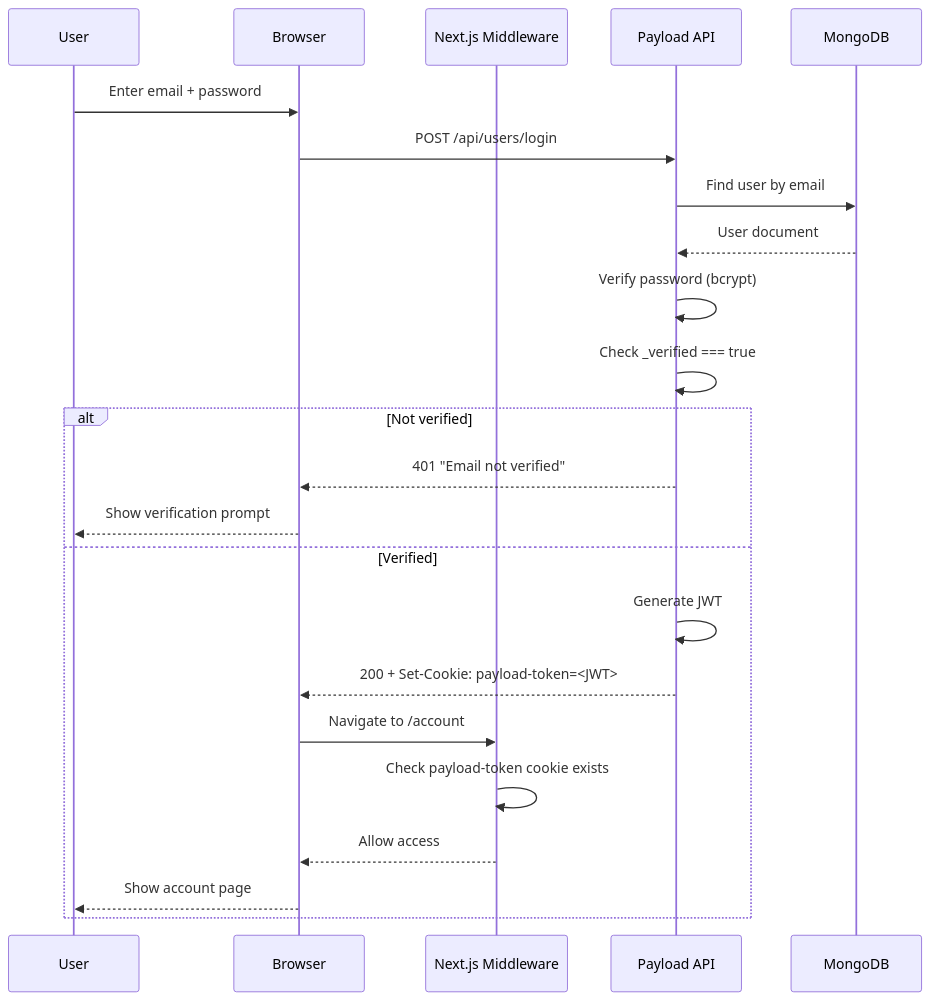
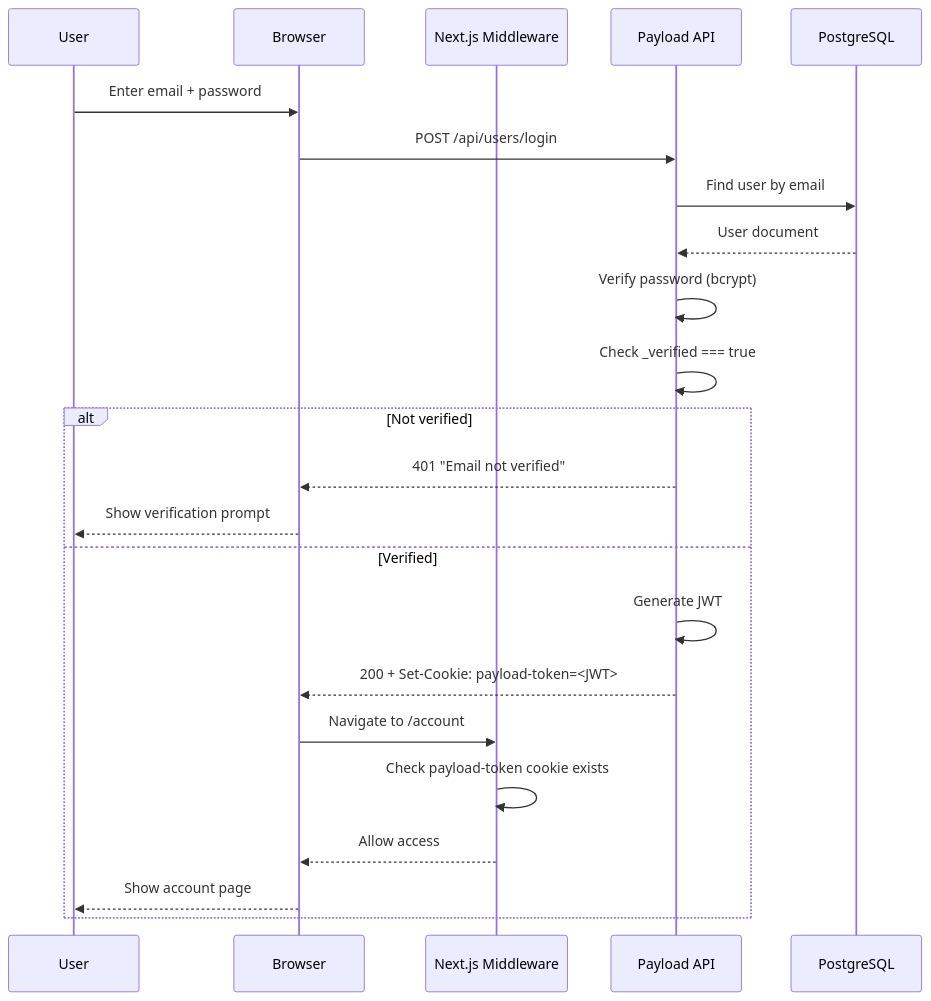
The first of 2 diagrams in docs/auth/authentication-flow.md (proutyio/ocfcrews-docs), drawn with Mermaid before and after one commit. The commit also changed other lines of this file and 34 other files, not shown here.

````diff
--- a/docs/auth/authentication-flow.md
+++ b/docs/auth/authentication-flow.md
@@ -37,26 +37,26 @@
 ```mermaid
 sequenceDiagram
     participant User
     participant Browser
     participant NextMiddleware as Next.js Middleware
     participant PayloadAPI as Payload API
-    participant MongoDB
+    participant DB as PostgreSQL
 
     User->>Browser: Enter email + password
     Browser->>PayloadAPI: POST /api/users/login
-    PayloadAPI->>MongoDB: Find user by email
-    MongoDB-->>PayloadAPI: User document
+    PayloadAPI->>DB: Find user by email
+    DB-->>PayloadAPI: User document
     PayloadAPI->>PayloadAPI: Verify password (bcrypt)
     PayloadAPI->>PayloadAPI: Check _verified === true
     alt Not verified
         PayloadAPI-->>Browser: 401 "Email not verified"
         Browser-->>User: Show verification prompt
     else Verified
         PayloadAPI->>PayloadAPI: Generate JWT
         PayloadAPI-->>Browser: 200 + Set-Cookie: payload-token=<JWT>
         Browser->>NextMiddleware: Navigate to /account
         NextMiddleware->>NextMiddleware: Check payload-token cookie exists
         NextMiddleware-->>Browser: Allow access
         Browser-->>User: Show account page
     end
 ```
````
